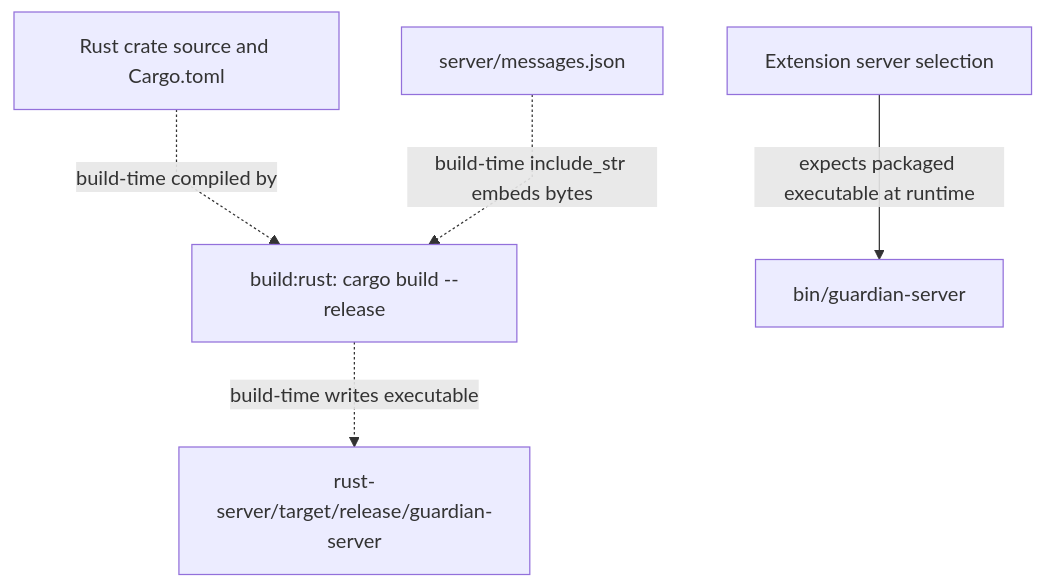
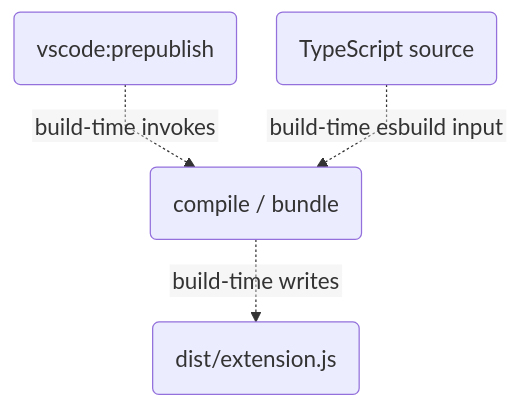
Before and after one commit to AashishTangnami/python-memory-guardian: diagram 20 of 23 in docs/feature-map.md, drawn with Mermaid. The commit also changed other lines of this file, not shown here.

Commit message:
updated mermaid diagram for better readibility.

````diff
--- a/docs/feature-map.md
+++ b/docs/feature-map.md
@@ -476,14 +549,7 @@
 ```mermaid
-%%{init: {"fontFamily":"Inter, ui-sans-serif, system-ui, sans-serif","flowchart":{"curve":"linear","nodeSpacing":50,"rankSpacing":60},"layout":"dagre"}}%%
+%%{init: {"fontFamily":"Arial, sans-serif","themeVariables":{"fontSize":"18px","fontFamily":"Arial, sans-serif"},"flowchart":{"curve":"linear","nodeSpacing":32,"rankSpacing":40,"diagramPadding":8,"padding":18,"subGraphTitleMargin":{"top":10,"bottom":24},"htmlLabels":false},"layout":"dagre","htmlLabels":false,"themeCSS":".node rect, .cluster rect { rx: 10px; ry: 10px; } .label, .nodeLabel, .edgeLabel, .cluster-label { letter-spacing: normal; word-spacing: normal; } .edgeLabel rect { stroke: currentColor !important; stroke-width: 1px !important; stroke-dasharray: none; opacity: 1 !important; fill-opacity: 1; rx: 4px; ry: 4px; }"}}%%
 flowchart TD
-    Inputs["Rust crate source and Cargo.toml"]
-    Messages["server/messages.json"]
-    Build["build:rust: cargo build --release"]
-    Target["rust-server/target/release/guardian-server"]
-    Bin["bin/guardian-server"]
-    Client["Extension server selection"]
-    Inputs -. build-time compiled by .-> Build
-    Messages -. build-time include_str embeds bytes .-> Build
-    Build -. build-time writes executable .-> Target
-    Client -->|expects packaged executable at runtime| Bin
+Prepub("vscode:prepublish") -. build-time invokes .-> Compile("compile / bundle")
+    Sources("TypeScript source") -. build-time esbuild input .-> Compile
+    Compile -. build-time writes .-> Bundle("dist/extension.js")
 ```
````
